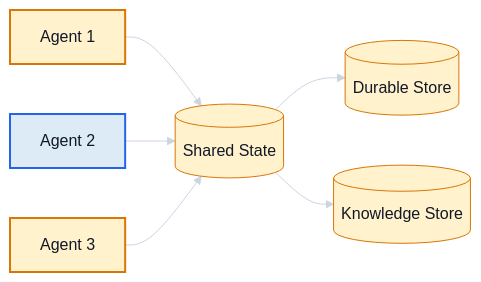
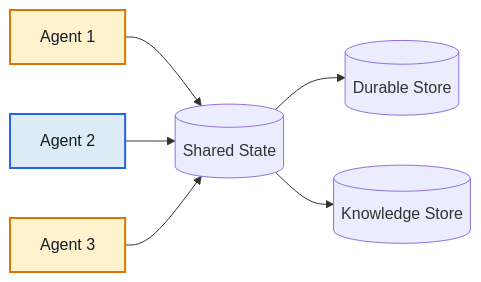
Before and after one commit to azam123/awesome-ai-engineer: diagram 15 of 26 in AI-Engineer-Interview-Questions-2026.md, drawn with Mermaid. The commit also changed other lines of this file, not shown here.

Commit message:
docs: fix GitHub Mermaid rendering compatibility

````diff
--- a/AI-Engineer-Interview-Questions-2026.md
+++ b/AI-Engineer-Interview-Questions-2026.md
@@ -993,14 +979,13 @@
 ```mermaid
 flowchart LR
-%%{init: {"theme":"base","themeVariables":{"background":"#111827","primaryColor":"#FFF2CC","primaryTextColor":"#111827","primaryBorderColor":"#D97706","lineColor":"#CBD5E1","secondaryColor":"#DDEBF7","secondaryTextColor":"#111827","secondaryBorderColor":"#2563EB","tertiaryColor":"#E2F0D9","tertiaryTextColor":"#111827","tertiaryBorderColor":"#15803D","noteBkgColor":"#FFF2CC","noteTextColor":"#111827","noteBorderColor":"#D97706","actorBkg":"#DDEBF7","actorBorder":"#2563EB","actorTextColor":"#111827","signalColor":"#E5E7EB","signalTextColor":"#111827","labelBoxBkgColor":"#FFF2CC","labelBoxBorderColor":"#D97706","labelTextColor":"#111827"}}}%%
+A[Agent 1] --> S[(Shared State)]
+B[Agent 2] --> S
+C[Agent 3] --> S
+S --> D[(Durable Store)]
+S --> R[(Knowledge Store)]
+class A,C yellow
+class B blue
 classDef yellow fill:#FFF2CC,stroke:#D97706,stroke-width:2px,color:#111827;
 classDef blue fill:#DDEBF7,stroke:#2563EB,stroke-width:2px,color:#111827;
 classDef green fill:#E2F0D9,stroke:#15803D,stroke-width:2px,color:#111827;
-    A[Agent 1] --> S[(Shared State)]
-    B[Agent 2] --> S
-    C[Agent 3] --> S
-    S --> D[(Durable Store)]
-    S --> R[(Knowledge Store)]
-    class A,C yellow;
-    class B blue;
 ```
````
